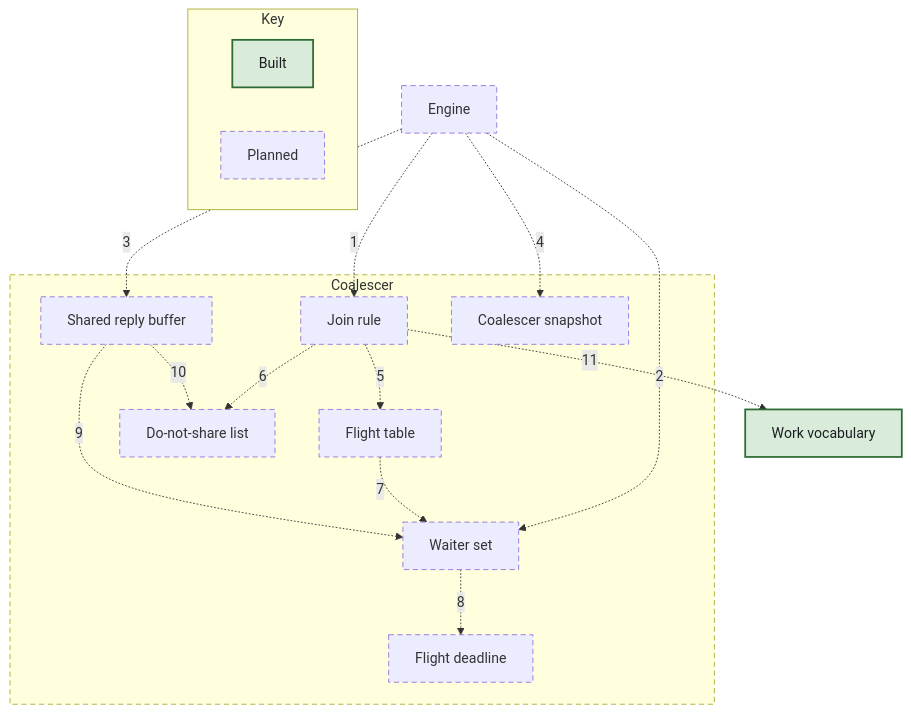
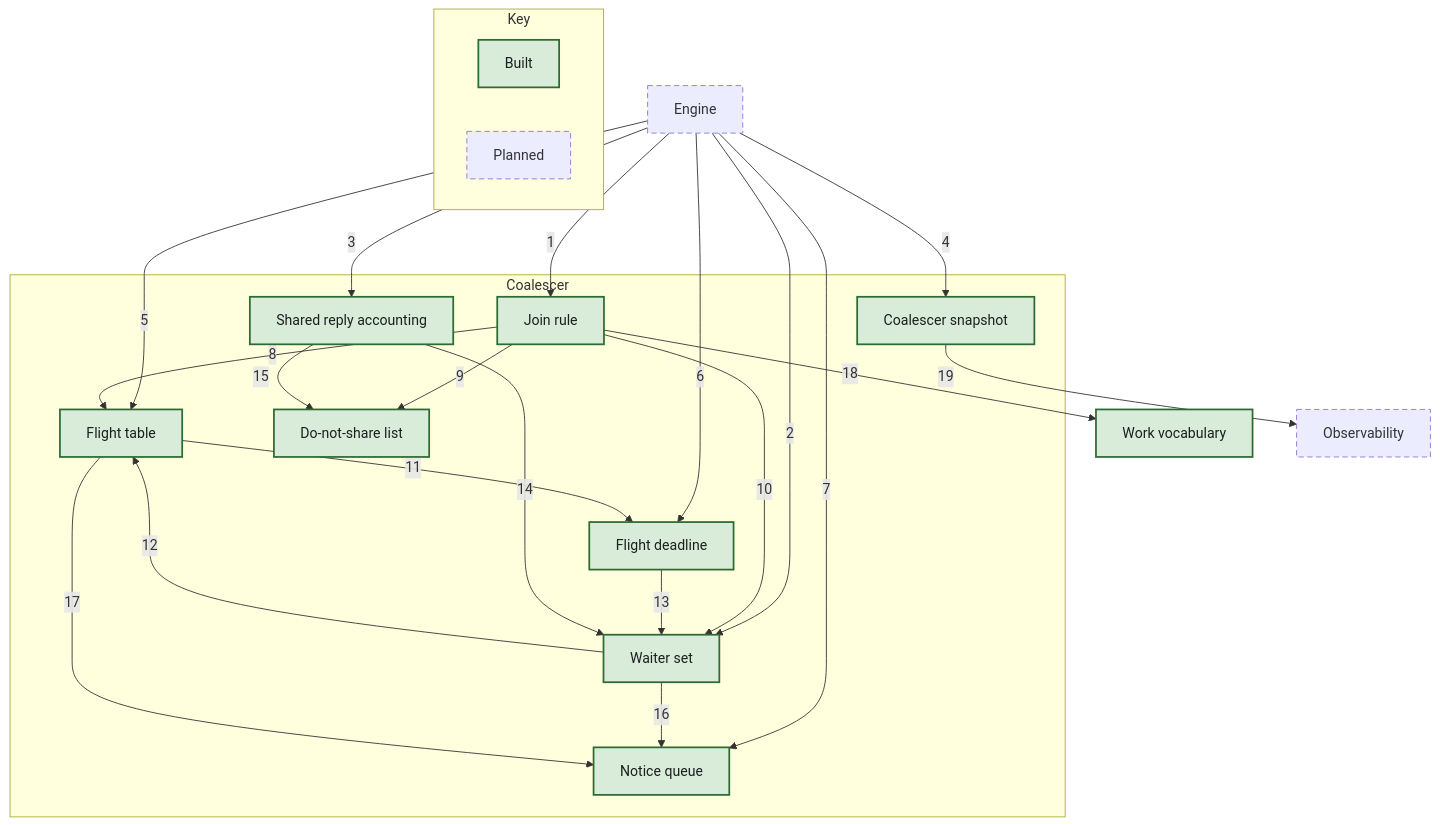
Before and after one commit to nickstrad/mini-gateway: the diagram in docs/c4/diagrams/09-component-coalescer.mmd, drawn with Mermaid. The commit also changed 19 other files, not shown here.

First line of the commit message:
c4: Mark the coalescer built and bring its diagrams up to the code

```diff
--- a/docs/c4/diagrams/09-component-coalescer.mmd
+++ b/docs/c4/diagrams/09-component-coalescer.mmd
@@ -1,30 +1,39 @@
 flowchart TB
   N_ENGINE["Engine"]:::planned
   N_WORK["Work vocabulary"]:::built
+  N_OBS["Observability"]:::planned
   subgraph SCOPE["Coalescer"]
-    F_JOIN["Join rule"]:::planned
-    F_TABLE["Flight table"]:::planned
-    F_WAITERS["Waiter set"]:::planned
-    F_DEADLINE["Flight deadline"]:::planned
-    F_REPLY["Shared reply buffer"]:::planned
-    F_NEG["Do-not-share list"]:::planned
-    F_SNAP["Coalescer snapshot"]:::planned
+    F_JOIN["Join rule"]:::built
+    F_TABLE["Flight table"]:::built
+    F_WAITERS["Waiter set"]:::built
+    F_DEADLINE["Flight deadline"]:::built
+    F_REPLY["Shared reply accounting"]:::built
+    F_NEG["Do-not-share list"]:::built
+    F_NOTICE["Notice queue"]:::built
+    F_SNAP["Coalescer snapshot"]:::built
   end
-  N_ENGINE -.->|1| F_JOIN
-  N_ENGINE -.->|2| F_WAITERS
-  N_ENGINE -.->|3| F_REPLY
-  N_ENGINE -.->|4| F_SNAP
-  F_JOIN -.->|5| F_TABLE
-  F_JOIN -.->|6| F_NEG
-  F_TABLE -.->|7| F_WAITERS
-  F_WAITERS -.->|8| F_DEADLINE
-  F_REPLY -.->|9| F_WAITERS
-  F_REPLY -.->|10| F_NEG
-  F_JOIN -.->|11| N_WORK
+  N_ENGINE -->|1| F_JOIN
+  N_ENGINE -->|2| F_WAITERS
+  N_ENGINE -->|3| F_REPLY
+  N_ENGINE -->|4| F_SNAP
+  N_ENGINE -->|5| F_TABLE
+  N_ENGINE -->|6| F_DEADLINE
+  N_ENGINE -->|7| F_NOTICE
+  F_JOIN -->|8| F_TABLE
+  F_JOIN -->|9| F_NEG
+  F_JOIN -->|10| F_WAITERS
+  F_TABLE -->|11| F_DEADLINE
+  F_WAITERS -->|12| F_TABLE
+  F_DEADLINE -->|13| F_WAITERS
+  F_REPLY -->|14| F_WAITERS
+  F_REPLY -->|15| F_NEG
+  F_WAITERS -->|16| F_NOTICE
+  F_TABLE -->|17| F_NOTICE
+  F_JOIN -->|18| N_WORK
+  F_SNAP -->|19| N_OBS
   subgraph KEY["Key"]
     KEY_BUILT["Built"]:::built
     KEY_PLANNED["Planned"]:::planned
   end
   classDef built fill:#d9ecd9,stroke:#2e6b34,stroke-width:2px,color:#1c1e21
   classDef planned stroke-width:1px,stroke-dasharray:6 4
-  style SCOPE stroke-dasharray:6 4
```
